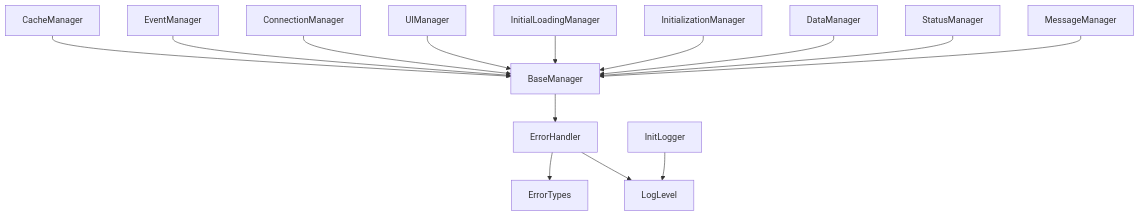
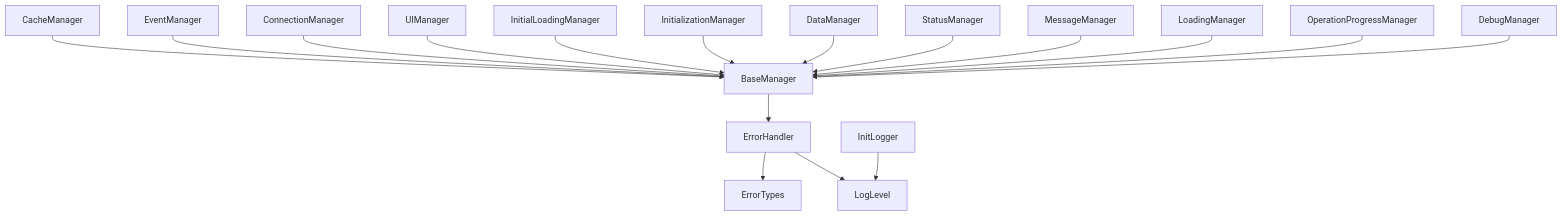
The first of 4 diagrams in docs/imports.md (twilk/Kamila), drawn with Mermaid before and after one commit. The commit also changed other lines of this file and 278 other files, not shown here.

````diff
--- a/docs/imports.md
+++ b/docs/imports.md
@@ -55,16 +56,19 @@
 ```mermaid
 graph TD
     BaseManager --> ErrorHandler
     ErrorHandler --> ErrorTypes
     ErrorHandler --> LogLevel
     InitLogger --> LogLevel
     CacheManager --> BaseManager
     EventManager --> BaseManager
     ConnectionManager --> BaseManager
     UIManager --> BaseManager
     InitialLoadingManager --> BaseManager
     InitializationManager --> BaseManager
     DataManager --> BaseManager
     StatusManager --> BaseManager
     MessageManager --> BaseManager
+    LoadingManager --> BaseManager
+    OperationProgressManager --> BaseManager
+    DebugManager --> BaseManager
 ```
````
